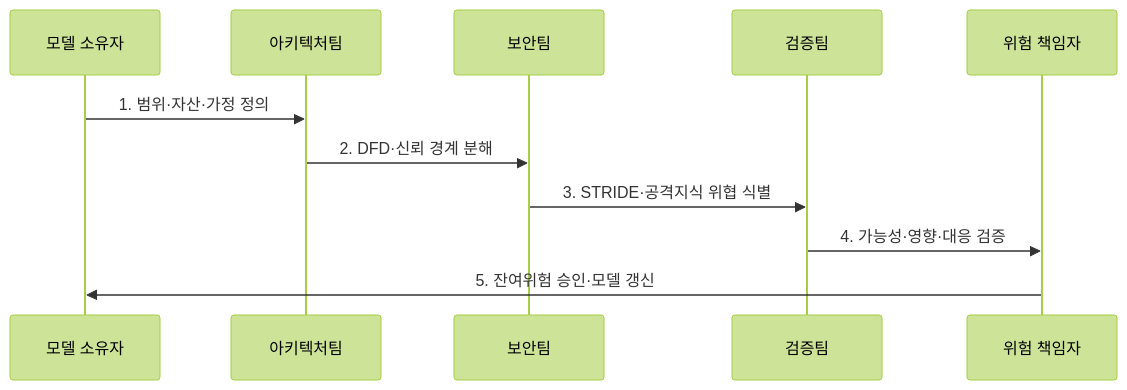
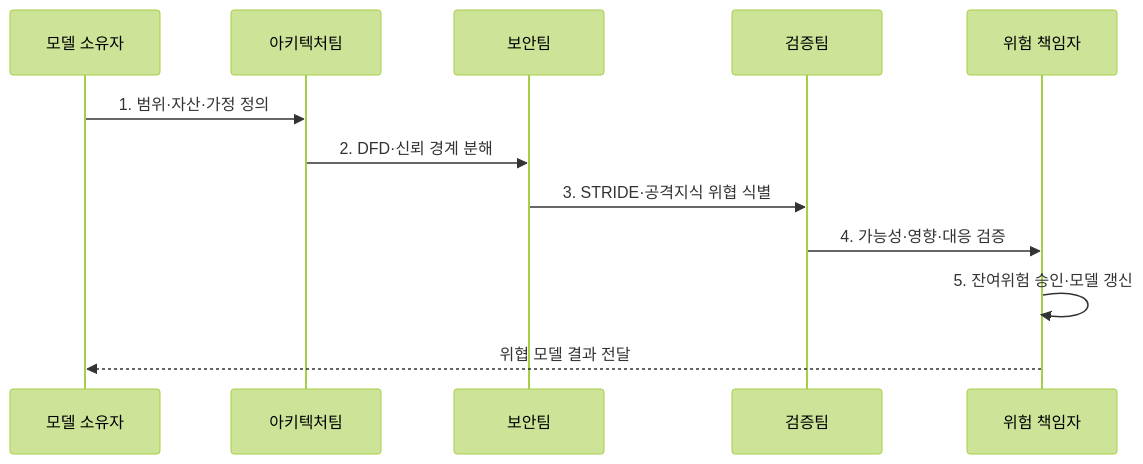
The second of 2 diagrams in src/content/docs/notes/05-security/146_threat_modeling_stride.md (agnusdei1207/knowledge-base), drawn with Mermaid (forest theme) before and after one commit. The commit also changed other lines of this file and 7 other files, not shown here.

````diff
--- a/src/content/docs/notes/05-security/146_threat_modeling_stride.md
+++ b/src/content/docs/notes/05-security/146_threat_modeling_stride.md
@@ -84,13 +84,14 @@
 ```mermaid
 sequenceDiagram
   participant O as 모델 소유자
   participant A as 아키텍처팀
   participant S as 보안팀
   participant V as 검증팀
   participant R as 위험 책임자
   O->>A: 1. 범위·자산·가정 정의
   A->>S: 2. DFD·신뢰 경계 분해
   S->>V: 3. STRIDE·공격지식 위협 식별
   V->>R: 4. 가능성·영향·대응 검증
-  R->>O: 5. 잔여위험 승인·모델 갱신
+  R->>R: 5. 잔여위험 승인·모델 갱신
+  R-->>O: 위협 모델 결과 전달
 ```
````
